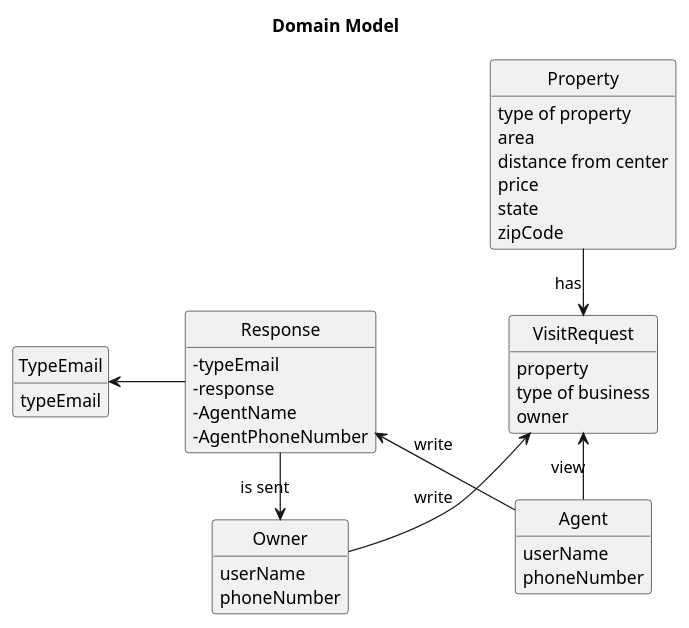
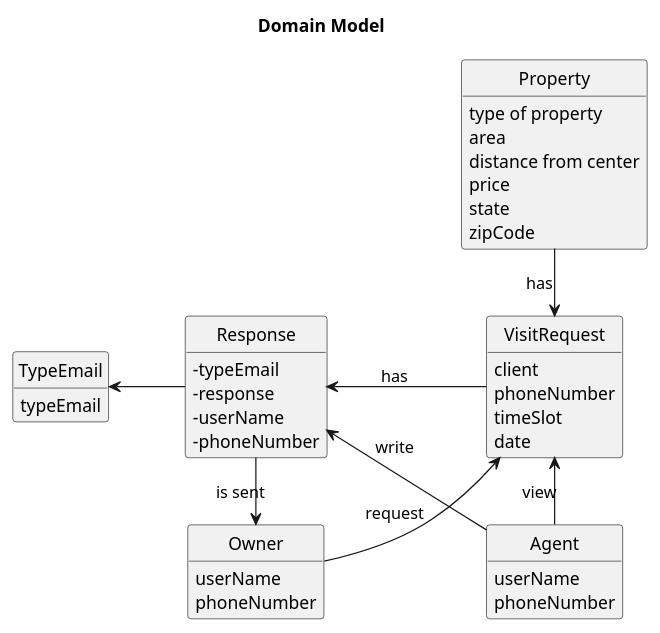
Before and after one commit to Rodrick0209/ISEP-LAPR2-22-23: the diagram in docs/Sprint-D/US016/02.analysis/puml/us016-domain-model.puml, drawn with PlantUML. The commit also changed 12 other files, not shown here.

Commit message:
us15 and us16 sd,ssd,cd , md and readme - final alterations addictions on class diagram and on  project domain model

```diff
--- a/docs/Sprint-D/US016/02.analysis/puml/us016-domain-model.puml
+++ b/docs/Sprint-D/US016/02.analysis/puml/us016-domain-model.puml
@@ -1,59 +1,65 @@
 @startuml
 skinparam monochrome true
 skinparam packageStyle rectangle
 skinparam shadowing false
 
 left to right direction
 
 skinparam classAttributeIconSize 0
 
 hide circle
 hide methods
 
 title Domain Model
 
 
 class Agent{
     userName
     phoneNumber
 }
 
 class Property{
        type of property
        area
        distance from center
        price
        state
        zipCode
 }
 
 
 class VisitRequest{
-    property
-    type of business
-    owner
+    client
+    phoneNumber
+    timeSlot
+    date
 }
 
 class Owner{
     userName
     phoneNumber
 }
 
 class Response {
     -typeEmail
     -response
-    -AgentName
-    -AgentPhoneNumber
+    -userName
+    -phoneNumber
 }
 
 class TypeEmail{
     typeEmail
+}
+
+class Response {
+
 }
 
 Agent -l-> VisitRequest :  view
 Agent -> Response : write
 Response -> Owner : is sent
 Response -u-> TypeEmail
 Property -> VisitRequest : has
-Owner -d-> VisitRequest : write
+Owner -d-> VisitRequest : request
+VisitRequest -r-> Response: has
 @enduml
```
